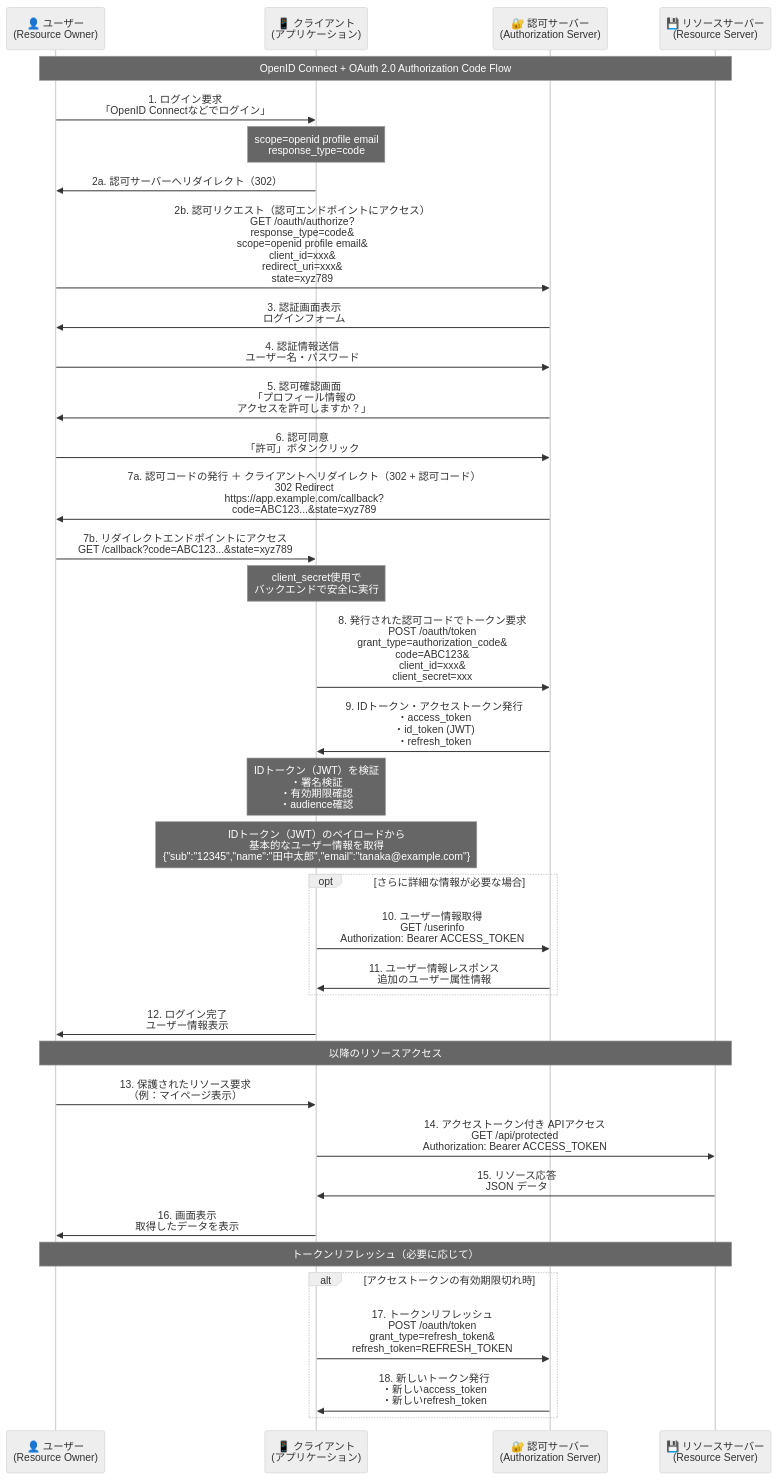
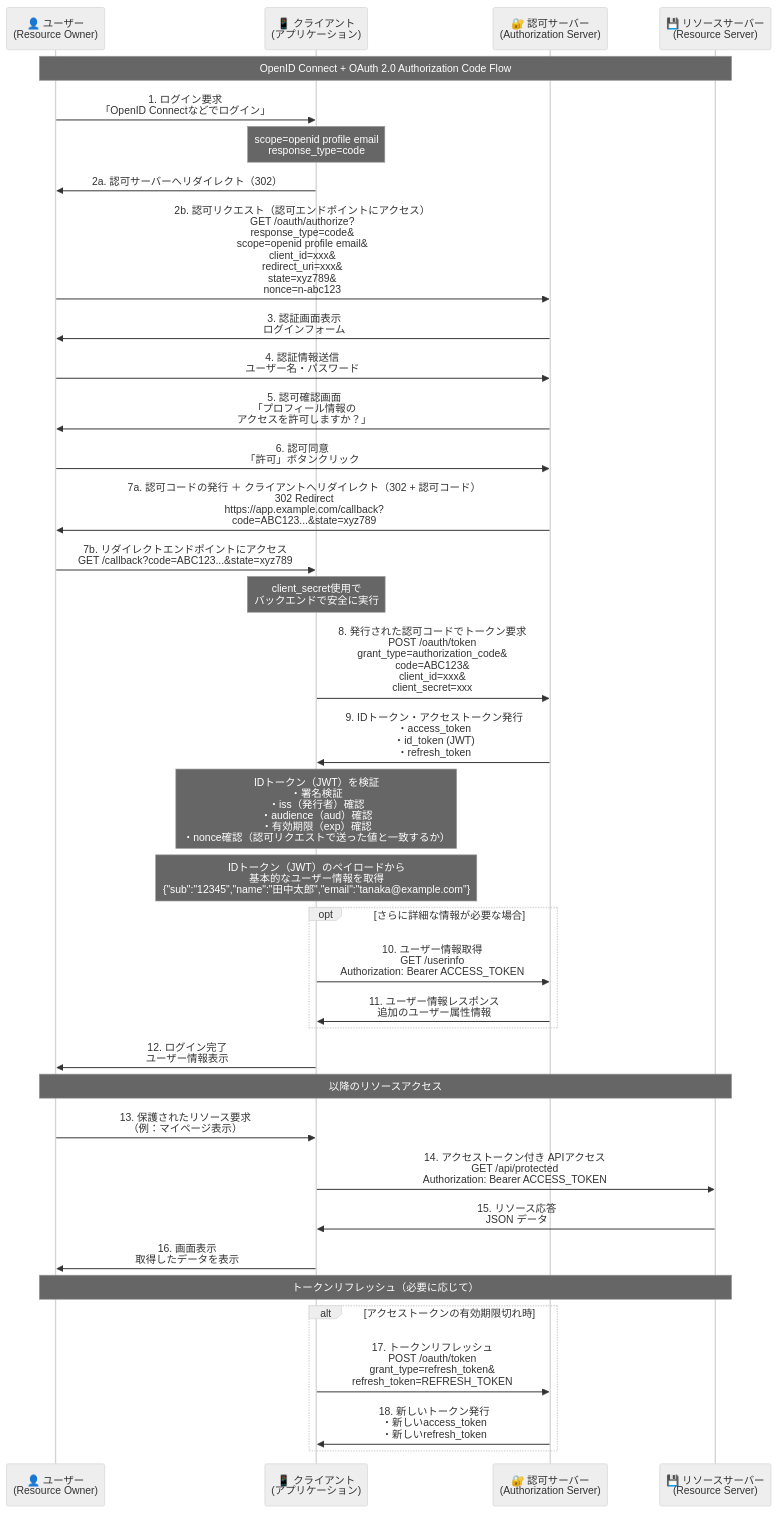
The diagram in OAuth・OIDC/OAuthとOIDCについて.md (nutslove/Knowledges), drawn with Mermaid (neutral theme) before and after one commit. The commit also changed other lines of this file, not shown here.

````diff
--- a/OAuth・OIDC/OAuthとOIDCについて.md
+++ b/OAuth・OIDC/OAuthとOIDCについて.md
@@ -1,59 +1,59 @@
 ```mermaid
 sequenceDiagram
     participant U as 👤 ユーザー<br/>(Resource Owner)
     participant C as 📱 クライアント<br/>(アプリケーション)
     participant AS as 🔐 認可サーバー<br/>(Authorization Server)
     participant RS as 💾 リソースサーバー<br/>(Resource Server)
 
     Note over U,RS: OpenID Connect + OAuth 2.0 Authorization Code Flow
 
     U->>C: 1. ログイン要求<br/>「OpenID Connectなどでログイン」
     
     Note over C: scope=openid profile email<br/>response_type=code
     C->>U: 2a. 認可サーバーへリダイレクト（302）
-    U->>AS: 2b. 認可リクエスト（認可エンドポイントにアクセス）<br/>GET /oauth/authorize?<br/>response_type=code&<br/>scope=openid profile email&<br/>client_id=xxx&<br/>redirect_uri=xxx&<br/>state=xyz789
+    U->>AS: 2b. 認可リクエスト（認可エンドポイントにアクセス）<br/>GET /oauth/authorize?<br/>response_type=code&<br/>scope=openid profile email&<br/>client_id=xxx&<br/>redirect_uri=xxx&<br/>state=xyz789&<br/>nonce=n-abc123
 
     AS->>U: 3. 認証画面表示<br/>ログインフォーム
     
     U->>AS: 4. 認証情報送信<br/>ユーザー名・パスワード
     
     AS->>U: 5. 認可確認画面<br/>「プロフィール情報の<br/>アクセスを許可しますか？」
     
     U->>AS: 6. 認可同意<br/>「許可」ボタンクリック
     
     AS->>U: 7a. 認可コードの発行 ＋ クライアントへリダイレクト（302 + 認可コード）<br/>302 Redirect<br/>https://app.example.com/callback?<br/>code=ABC123...&state=xyz789
     U->>C: 7b. リダイレクトエンドポイントにアクセス <br/>GET /callback?code=ABC123...&state=xyz789
     
     Note over C: client_secret使用で<br/>バックエンドで安全に実行
     C->>AS: 8. 発行された認可コードでトークン要求<br/>POST /oauth/token<br/>grant_type=authorization_code&<br/>code=ABC123&<br/>client_id=xxx&<br/>client_secret=xxx
     
     AS->>C: 9. IDトークン・アクセストークン発行<br/>・access_token <br/>・id_token (JWT)<br/>・refresh_token
     
-    Note over C: IDトークン（JWT）を検証<br/>・署名検証<br/>・有効期限確認<br/>・audience確認
+    Note over C: IDトークン（JWT）を検証<br/>・署名検証<br/>・iss（発行者）確認<br/>・audience（aud）確認<br/>・有効期限（exp）確認<br/>・nonce確認（認可リクエストで送った値と一致するか）
     
     Note over C: IDトークン（JWT）のペイロードから<br/>基本的なユーザー情報を取得<br/>{"sub":"12345","name":"田中太郎","email":"tanaka@example.com"}
     
     opt さらに詳細な情報が必要な場合
         C->>AS: 10. ユーザー情報取得<br/>GET /userinfo<br/>Authorization: Bearer ACCESS_TOKEN
         AS->>C: 11. ユーザー情報レスポンス<br/>追加のユーザー属性情報
     end
     
     C->>U: 12. ログイン完了<br/>ユーザー情報表示
     
     Note over U,RS: 以降のリソースアクセス
     
     U->>C: 13. 保護されたリソース要求<br/>（例：マイページ表示）
     
     C->>RS: 14. アクセストークン付き APIアクセス<br/>GET /api/protected<br/>Authorization: Bearer ACCESS_TOKEN
     
     RS->>C: 15. リソース応答<br/>JSON データ
     
     C->>U: 16. 画面表示<br/>取得したデータを表示
     
     Note over U,RS: トークンリフレッシュ（必要に応じて）
     
     alt アクセストークンの有効期限切れ時
         C->>AS: 17. トークンリフレッシュ<br/>POST /oauth/token<br/>grant_type=refresh_token&<br/>refresh_token=REFRESH_TOKEN
         AS->>C: 18. 新しいトークン発行<br/>・新しいaccess_token<br/>・新しいrefresh_token
     end
 ```
````
